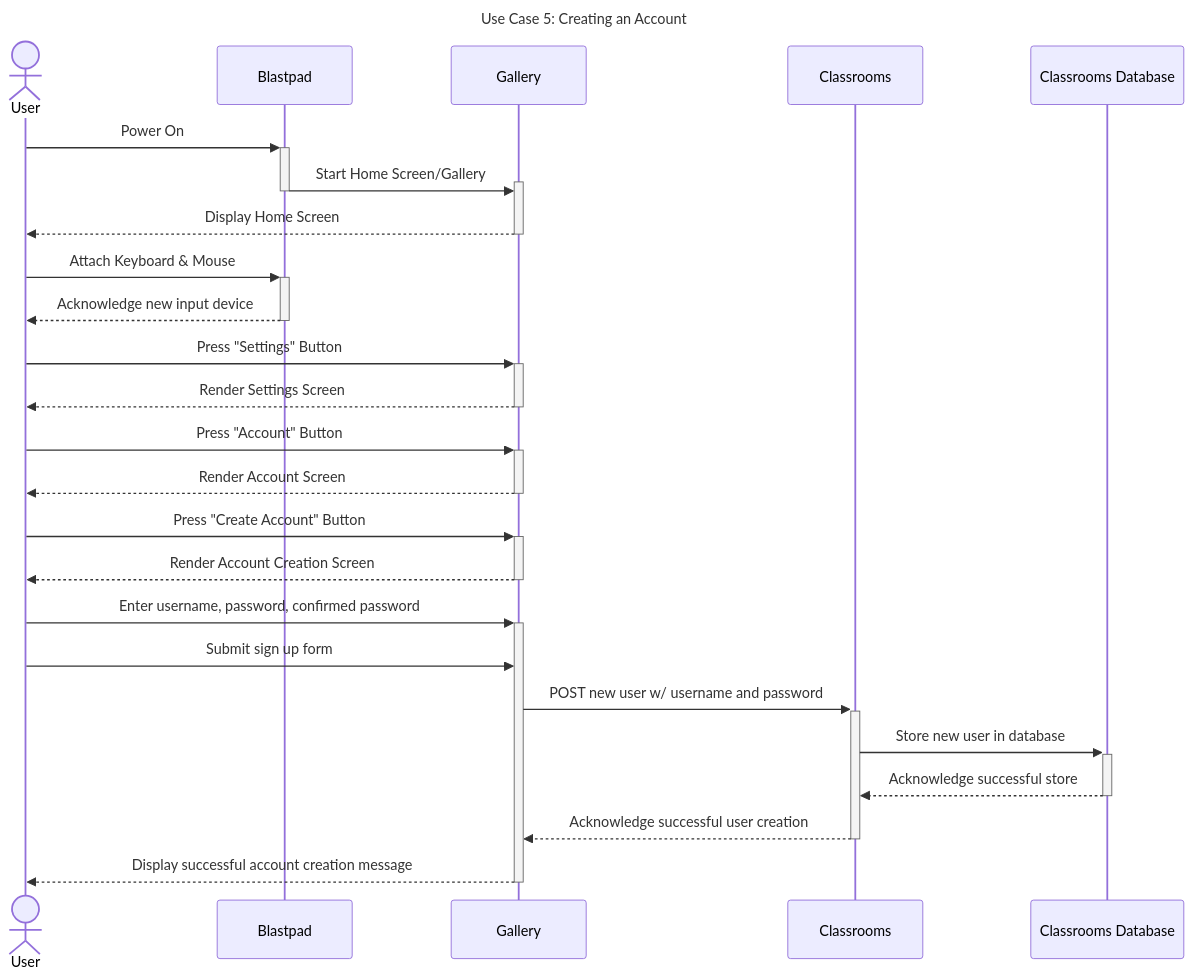
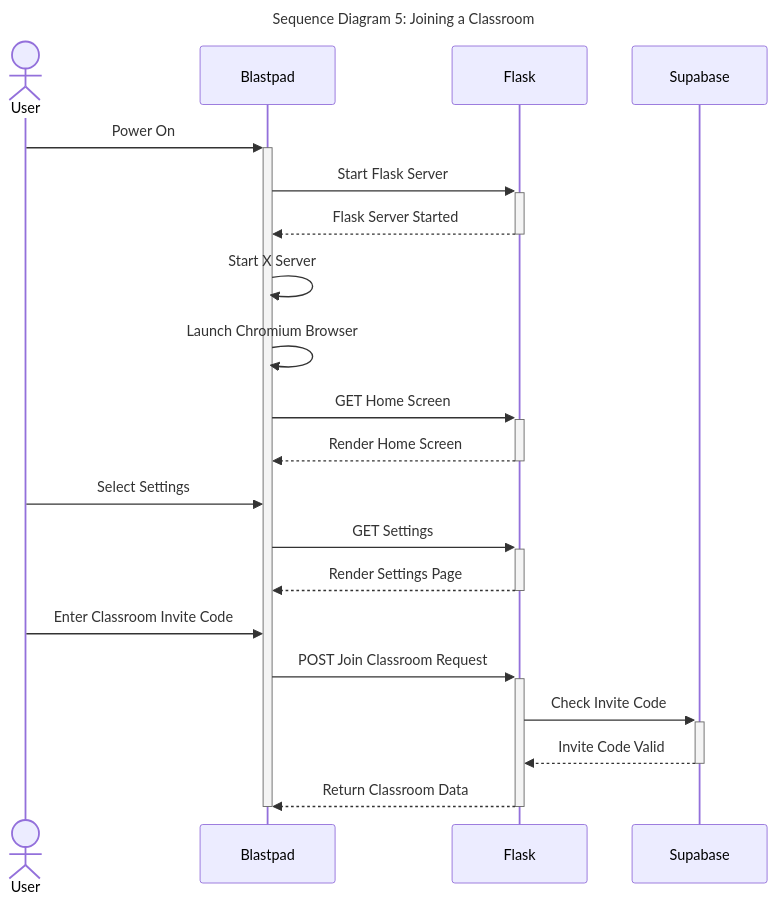
Before and after one commit to Capstone-Projects-2024-Spring/project-blastpad: the fifth of 11 diagrams in documentation/docs/requirements/use-case-descriptions.md, drawn with Mermaid. The commit also changed other lines of this file and 3 other files, not shown here.

Commit message:
Use Case Seq Diagrams

````diff
--- a/documentation/docs/requirements/use-case-descriptions.md
+++ b/documentation/docs/requirements/use-case-descriptions.md
@@ -174,34 +170,30 @@
 ```mermaid
 ---
-title: "Use Case 5: Creating an Account"
+title: "Sequence Diagram 5: Joining a Classroom"
 ---
 sequenceDiagram
-	actor User
-	User->>+Blastpad: Power On
-	Blastpad->>+Gallery: Start Home Screen/Gallery
-	deactivate Blastpad	
-	Gallery-->>-User: Display Home Screen
-	
-	User->>+Blastpad: Attach Keyboard & Mouse
-	Blastpad-->>-User: Acknowledge new input device
+actor User
+User->>+Blastpad: Power On
+Blastpad->>+Flask: Start Flask Server
+Flask-->>-Blastpad: Flask Server Started
+Blastpad->>Blastpad: Start X Server
+Blastpad->>Blastpad: Launch Chromium Browser
 
 
-	User->>+Gallery: Press "Settings" Button
-	Gallery-->>-User: Render Settings Screen
+Blastpad->>+Flask: GET Home Screen
+Flask-->>-Blastpad: Render Home Screen
 
-	User->>+Gallery: Press "Account" Button
-	Gallery-->>-User: Render Account Screen
-
-	User->>+Gallery: Press "Create Account" Button
-	Gallery-->>-User: Render Account Creation Screen
+User->>Blastpad: Select Settings
+Blastpad->>+Flask: GET Settings
+Flask-->>-Blastpad: Render Settings Page
 
 
-	User->>+Gallery: Enter username, password, confirmed password
-	User->>Gallery: Submit sign up form
-	Gallery->>+Classrooms: POST new user w/ username and password
-	Classrooms->>+Classrooms Database: Store new user in database
-	Classrooms Database-->>- Classrooms: Acknowledge successful store
-	Classrooms-->>-Gallery: Acknowledge successful user creation
- 
-	Gallery-->>-User: Display successful account creation message
+User->>Blastpad: Enter Classroom Invite Code
+Blastpad->>+Flask: POST Join Classroom Request
+Flask->>+Supabase: Check Invite Code
+Supabase-->>-Flask: Invite Code Valid
+Flask-->>-Blastpad: Return Classroom Data
+
+
+deactivate Blastpad
 ```
````
